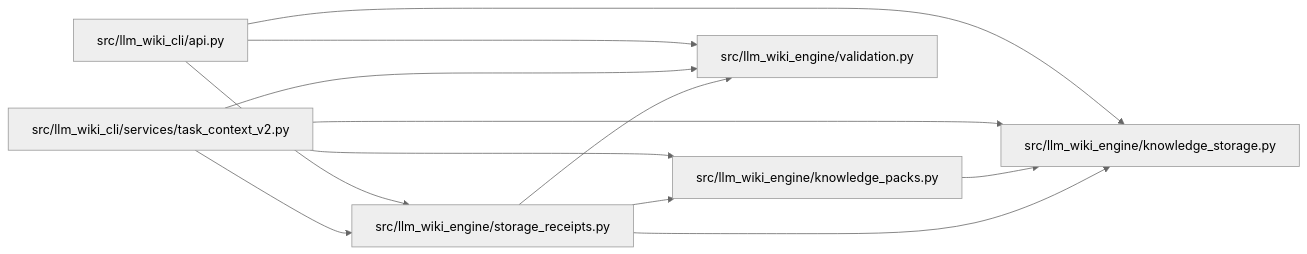
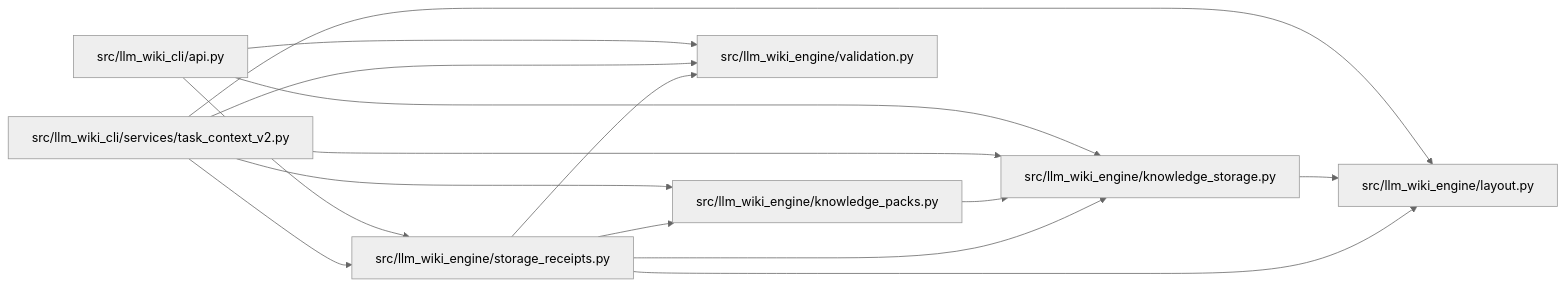
The diagram in docs/llm_wiki/modules/storage_receipts.md (Denissvgn/python-wiki-llm), drawn with Mermaid (neutral theme) before and after one commit. The commit also changed other lines of this file and 869 other files, not shown here.

Commit message:
docs: refresh the wiki for the engine layout and producer opt-in

````diff
--- a/docs/llm_wiki/modules/storage_receipts.md
+++ b/docs/llm_wiki/modules/storage_receipts.md
@@ -25,26 +26,31 @@
 ```mermaid
 flowchart LR
     n0["src/llm_wiki_cli/api.py"]
     n1["src/llm_wiki_cli/services/task_context_v2.py"]
     n2["src/llm_wiki_engine/knowledge_packs.py"]
     n3["src/llm_wiki_engine/knowledge_storage.py"]
-    n4["src/llm_wiki_engine/storage_receipts.py"]
-    n5["src/llm_wiki_engine/validation.py"]
+    n4["src/llm_wiki_engine/layout.py"]
+    n5["src/llm_wiki_engine/storage_receipts.py"]
+    n6["src/llm_wiki_engine/validation.py"]
     n0 --> n3
-    n0 --> n4
     n0 --> n5
+    n0 --> n6
     n1 --> n2
     n1 --> n3
     n1 --> n4
     n1 --> n5
+    n1 --> n6
     n2 --> n3
-    n4 --> n2
-    n4 --> n3
-    n4 --> n5
+    n3 --> n4
+    n5 --> n2
+    n5 --> n3
+    n5 --> n4
+    n5 --> n6
     click n0 "../modules/api.md"
     click n1 "../modules/task_context_v2.md"
     click n2 "../modules/knowledge_packs.md"
     click n3 "../modules/knowledge_storage.md"
-    click n4 "../modules/storage_receipts.md"
-    click n5 "../modules/validation.md"
+    click n4 "../modules/layout.md"
+    click n5 "../modules/storage_receipts.md"
+    click n6 "../modules/validation.md"
 ```
````
